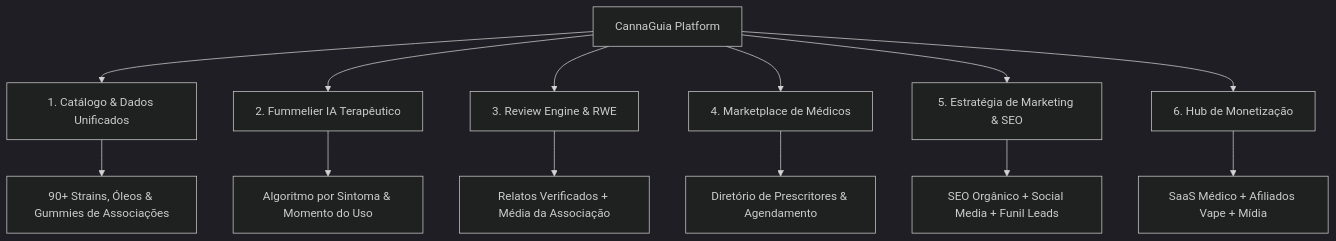
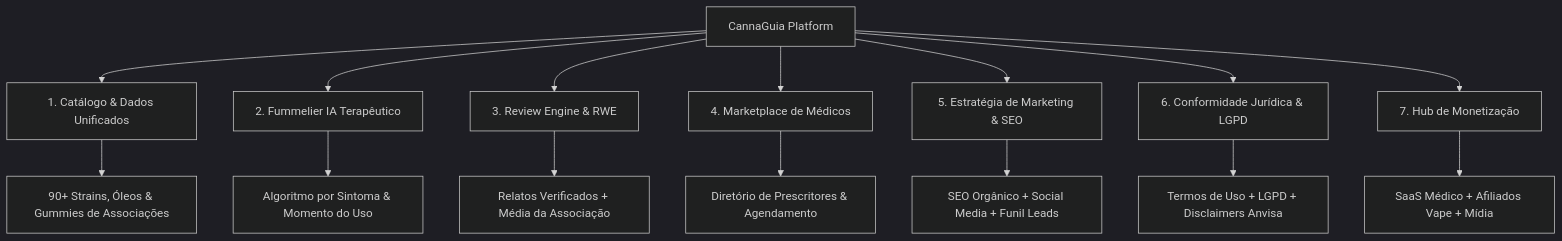
The first of 3 diagrams in PLANO_ESTRATEGICO.md (bestflightconsultoria-alt/myy-dann-3), drawn with Mermaid (dark theme) before and after one commit. The commit also changed other lines of this file, not shown here.

Commit message:
docs: atualizar PLANO_ESTRATEGICO.md com analise da base juridica e os 5 cuidados de conformidade

````diff
--- a/PLANO_ESTRATEGICO.md
+++ b/PLANO_ESTRATEGICO.md
@@ -9,16 +9,18 @@
 ```mermaid
 flowchart TD
     A[CannaGuia Platform] --> B[1. Catálogo & Dados Unificados]
     A --> C[2. Fummelier IA Terapêutico]
     A --> D[3. Review Engine & RWE]
     A --> E[4. Marketplace de Médicos]
     A --> F[5. Estratégia de Marketing & SEO]
-    A --> G[6. Hub de Monetização]
+    A --> G[6. Conformidade Jurídica & LGPD]
+    A --> H[7. Hub de Monetização]
 
     B --> B1[90+ Strains, Óleos & Gummies de Associações]
     C --> C1[Algoritmo por Sintoma & Momento do Uso]
     D --> D1[Relatos Verificados + Média da Associação]
     E --> E1[Diretório de Prescritores & Agendamento]
     F --> F1[SEO Orgânico + Social Media + Funil Leads]
-    G --> G1[SaaS Médico + Afiliados Vape + Mídia]
+    G --> G1[Termos de Uso + LGPD + Disclaimers Anvisa]
+    H --> H1[SaaS Médico + Afiliados Vape + Mídia]
 ```
````
